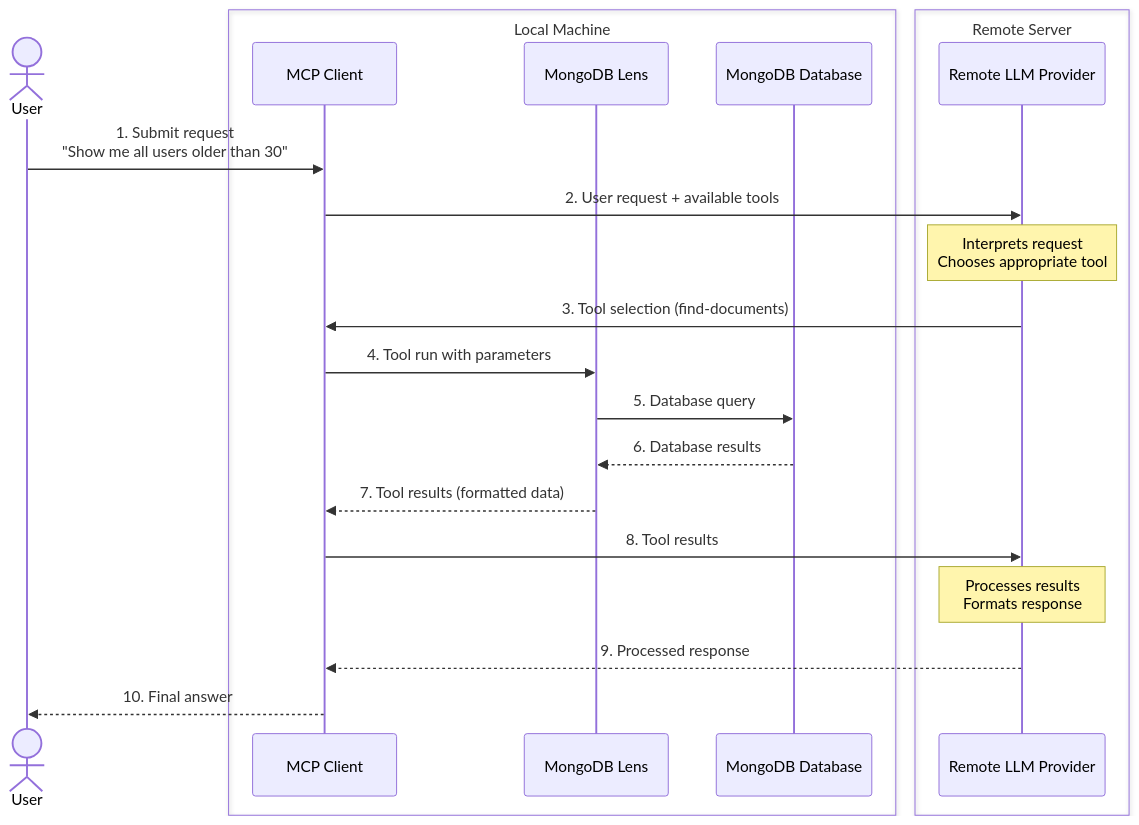
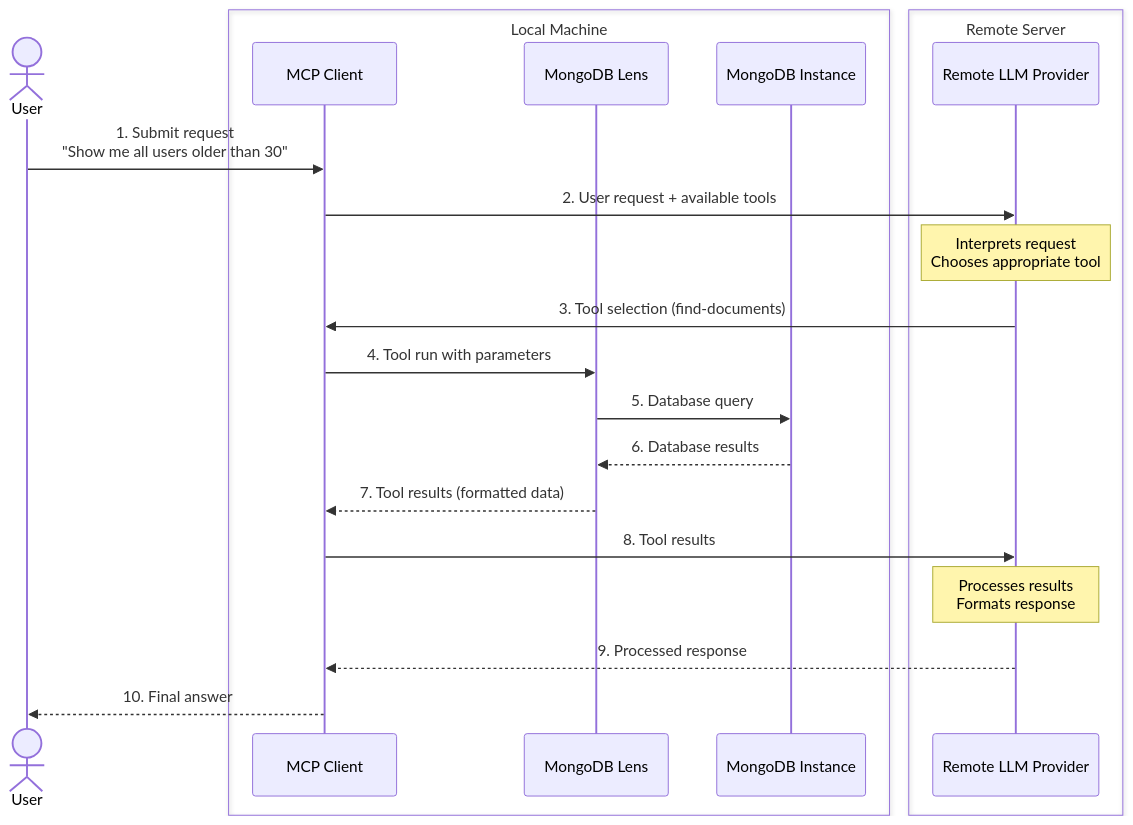
Before and after one commit to sparoodata/mongolens_new: the diagram in README.md, drawn with Mermaid. The commit also changed other lines of this file, not shown here.

````diff
--- a/README.md
+++ b/README.md
@@ -901,25 +901,25 @@
 ```mermaid
 sequenceDiagram
     actor User
     box Local Machine #d4f1f9
         participant Client as MCP Client
         participant Lens as MongoDB Lens
-        participant MongoDB as MongoDB Database
+        participant MongoDB as MongoDB Instance
     end
     box Remote Server #ffe6cc
         participant LLM as Remote LLM Provider
     end
 
     User->>Client: 1. Submit request<br>"Show me all users older than 30"
     Client->>LLM: 2. User request + available tools
     Note over LLM: Interprets request<br>Chooses appropriate tool
     LLM->>Client: 3. Tool selection (find-documents)
     Client->>Lens: 4. Tool run with parameters
     Lens->>MongoDB: 5. Database query
     MongoDB-->>Lens: 6. Database results
     Lens-->>Client: 7. Tool results (formatted data)
     Client->>LLM: 8. Tool results
     Note over LLM: Processes results<br>Formats response
     LLM-->>Client: 9. Processed response
     Client-->>User: 10. Final answer
 ```
````
